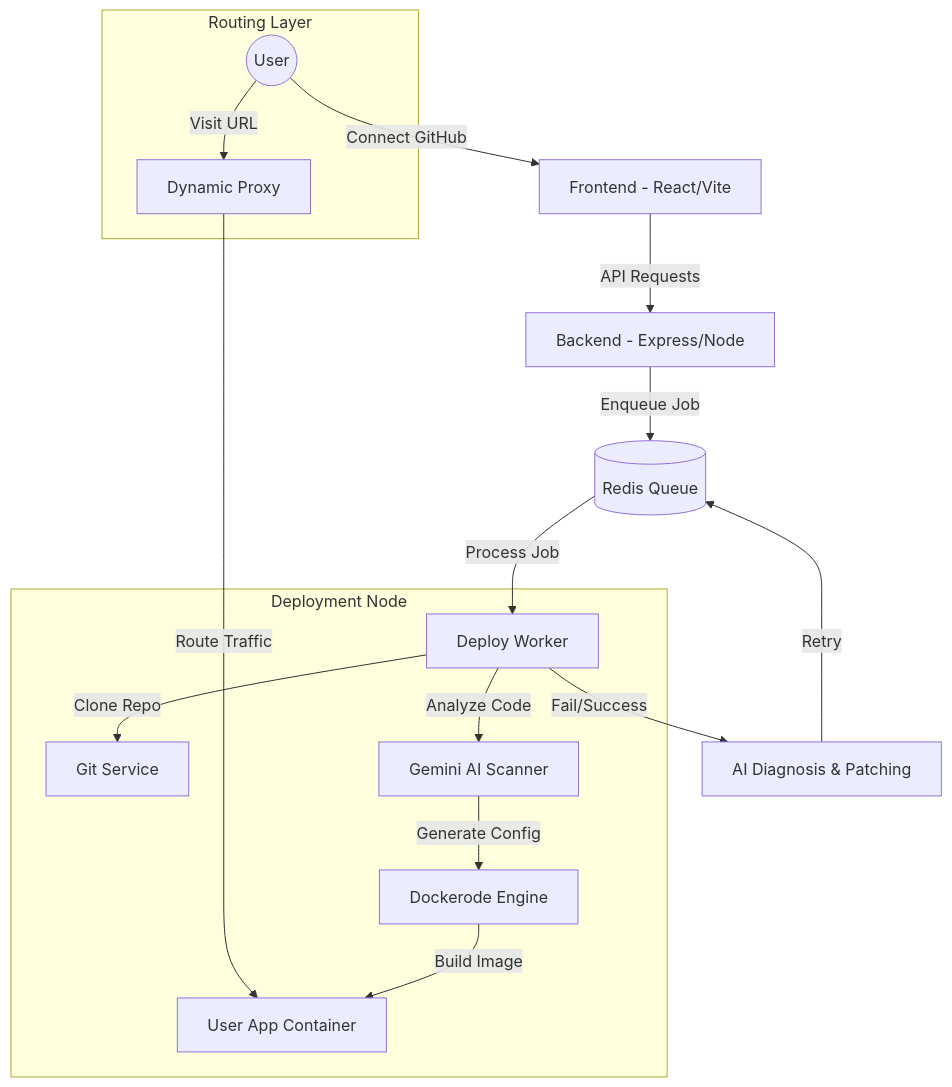
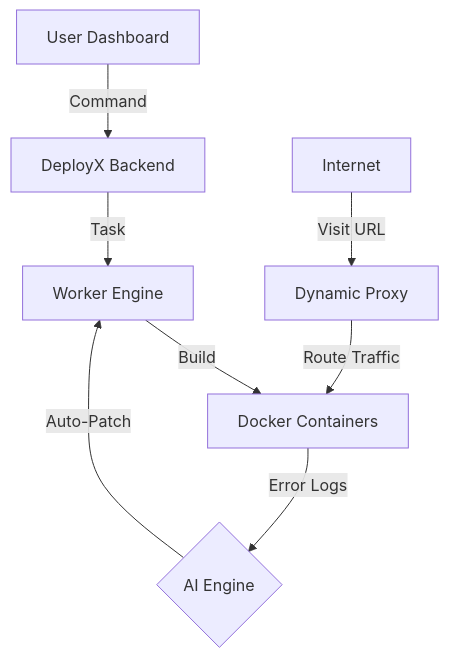
Before and after one commit to samay-hash/shery_hackathon: the diagram in README.md, drawn with Mermaid. The commit also changed other lines of this file, not shown here.

````diff
--- a/README.md
+++ b/README.md
@@ -26,22 +45,10 @@
 ```mermaid
 graph TD
-    User((User)) -->|Connect GitHub| Frontend[Frontend - React/Vite]
-    Frontend -->|API Requests| Backend[Backend - Express/Node]
-    Backend -->|Enqueue Job| Redis[(Redis Queue)]
-    Redis -->|Process Job| Worker[Deploy Worker]
-    
-    subgraph "Deployment Node"
-        Worker -->|Clone Repo| Git[Git Service]
-        Worker -->|Analyze Code| AIScanner[Gemini AI Scanner]
-        AIScanner -->|Generate Config| Docker[Dockerode Engine]
-        Docker -->|Build Image| Container[User App Container]
-    end
-    
-    subgraph "Routing Layer"
-        Proxy[Dynamic Proxy] -->|Route Traffic| Container
-        User -->|Visit URL| Proxy
-    end
-    
-    Worker -->|Fail/Success| AISelfHealing[AI Diagnosis & Patching]
-    AISelfHealing -->|Retry| Redis
+    A[User Dashboard] -->|Command| B[DeployX Backend]
+    B -->|Task| C[Worker Engine]
+    C -->|Build| D[Docker Containers]
+    D -->|Error Logs| E{AI Engine}
+    E -->|Auto-Patch| C
+    F[Dynamic Proxy] -->|Route Traffic| D
+    G[Internet] -->|Visit URL| F
 ```
````
